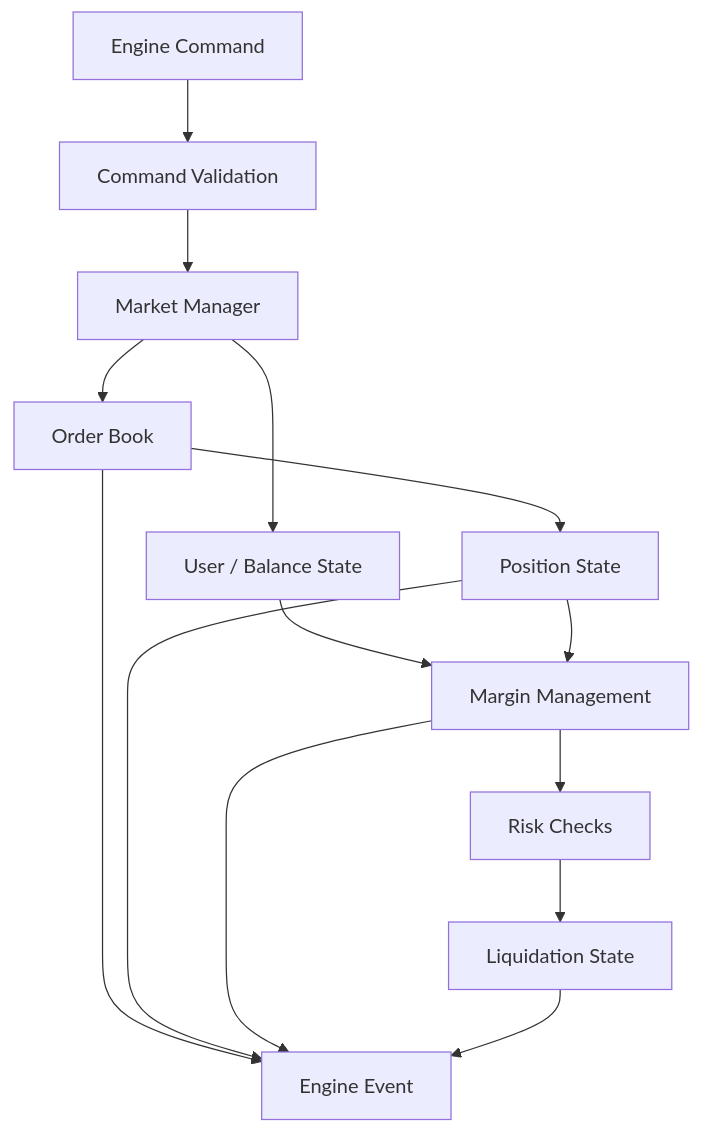
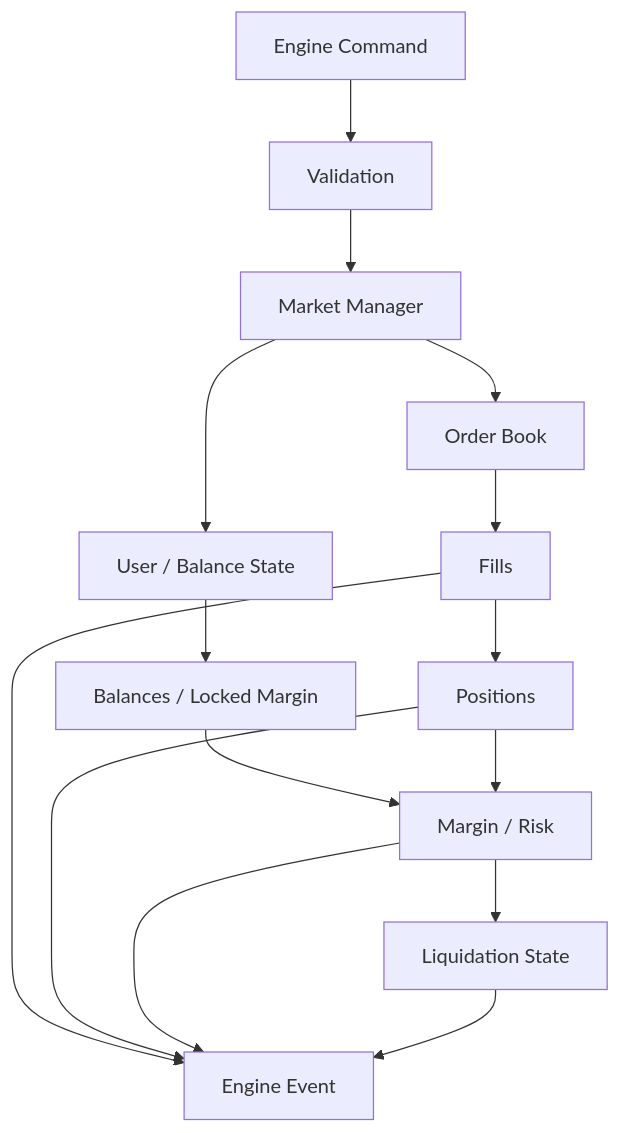
Before and after one commit to MANI-116/PERP: the second of 7 diagrams in README.md, drawn with Mermaid. The commit also changed other lines of this file, not shown here.

Commit message:
docs: add professional README navigation and architecture

````diff
--- a/README.md
+++ b/README.md
@@ -96,16 +109,17 @@
 ```mermaid
 flowchart TB
-    CMD[Engine Command] --> VALIDATE[Command Validation]
-    VALIDATE --> MARKET[Market Manager]
-    MARKET --> BOOK[Order Book]
-    MARKET --> USERS[User / Balance State]
-    BOOK --> POS[Position State]
-    USERS --> MARGIN[Margin Management]
-    POS --> MARGIN
-    MARGIN --> RISK[Risk Checks]
+    CMD[Engine Command] --> V[Validation]
+    V --> M[Market Manager]
+    M --> B[Order Book]
+    M --> U[User / Balance State]
+    B --> F[Fills]
+    U --> BAL[Balances / Locked Margin]
+    F --> POS[Positions]
+    BAL --> RISK[Margin / Risk]
+    POS --> RISK
     RISK --> LIQ[Liquidation State]
-    BOOK --> EVENT[Engine Event]
+    F --> EVENT[Engine Event]
     POS --> EVENT
-    MARGIN --> EVENT
+    RISK --> EVENT
     LIQ --> EVENT
 ```
````
